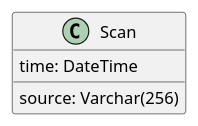
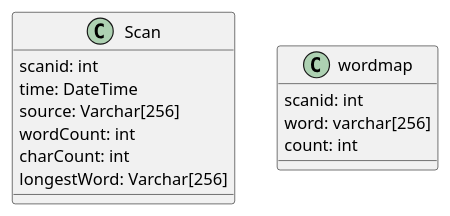
One commit to Mimeas-Studies/pgr3302-1-Software-Design-Exam changed the diagram in diagrams/ER-M.puml. Above: the diagram before and after it, drawn with PlantUML.

Commit message:
Added wortdmap to er

```diff
--- a/diagrams/ER-M.puml
+++ b/diagrams/ER-M.puml
@@ -1,10 +1,19 @@
 @startuml
 'https://plantuml.com/component-diagram
 
 class Scan {
+    scanid: int
     time: DateTime
-    source: Varchar(256)
-    
+    source: Varchar[256]
+    wordCount: int
+    charCount: int
+    longestWord: Varchar[256]
+}
+
+class wordmap {
+    scanid: int
+    word: varchar[256]
+    count: int
 }
 
 @enduml
```
